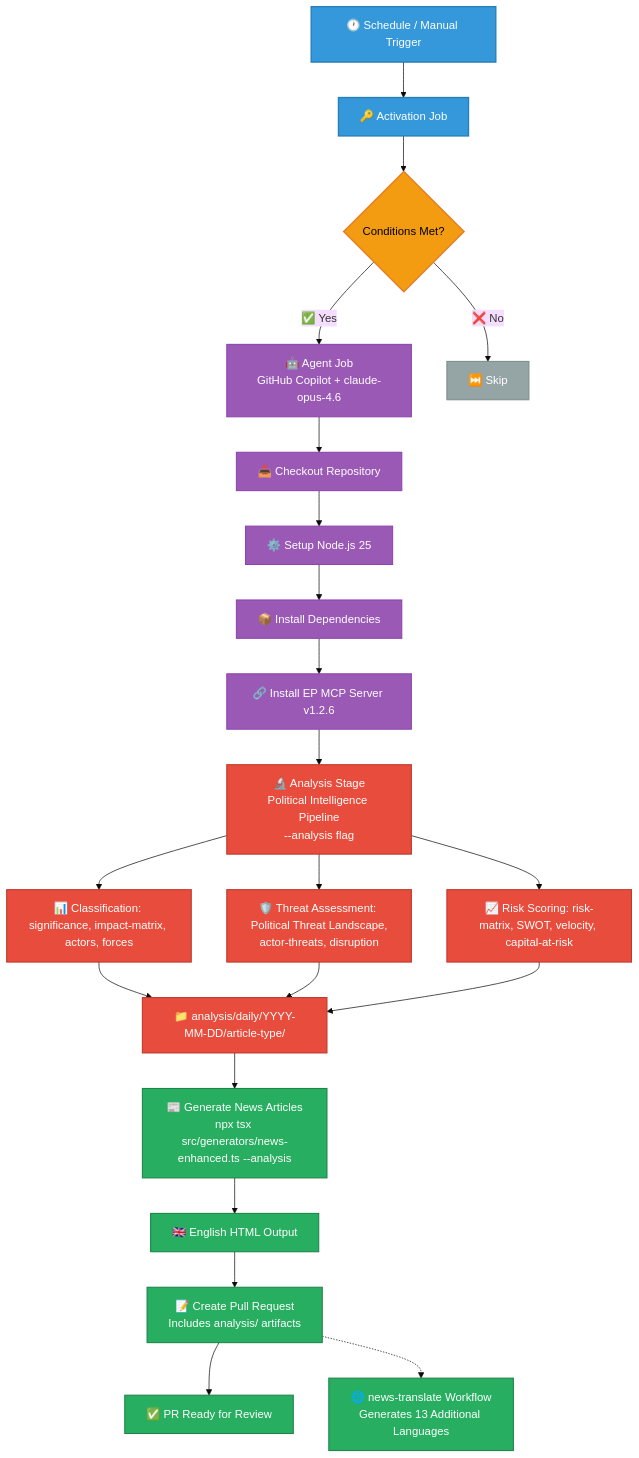
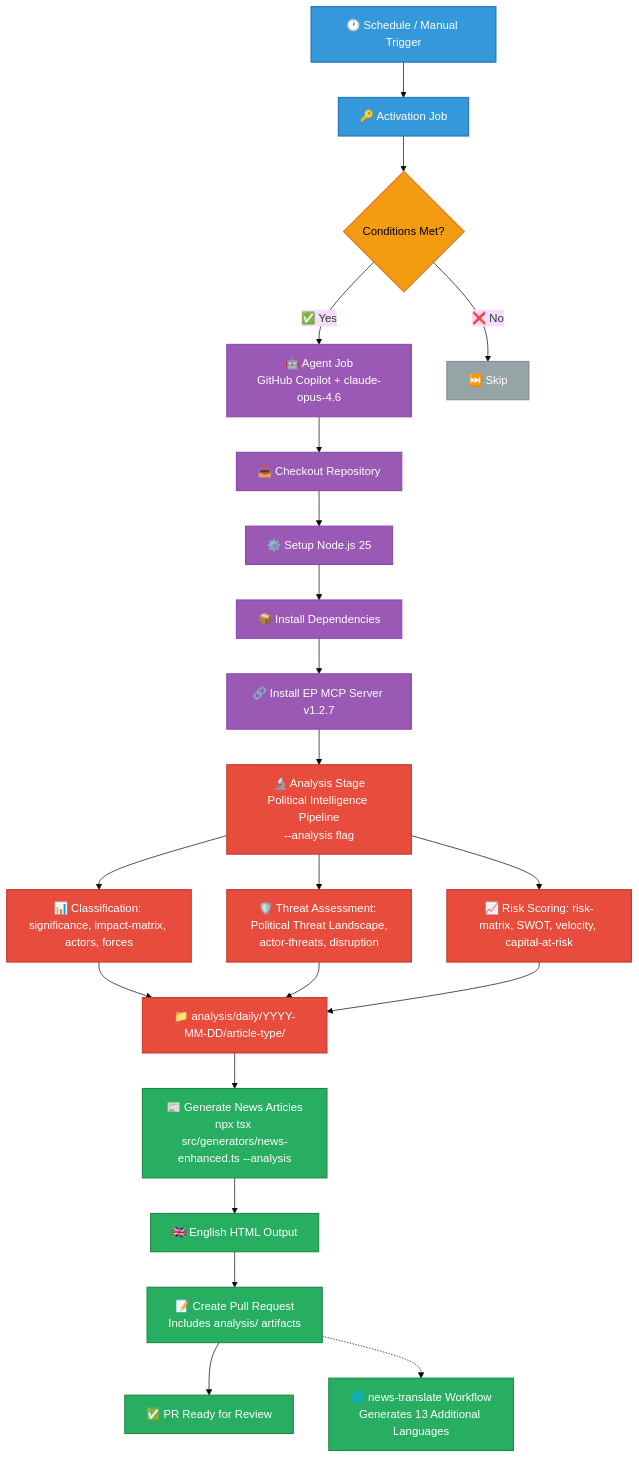
The third of 21 diagrams in WORKFLOWS.md (Hack23/euparliamentmonitor), drawn with Mermaid (base theme) before and after one commit. The commit also changed other lines of this file and 66 other files, not shown here.

First line of the commit message:
Bump EP MCP server 1.2.6→1.2.7 across all config, workflows, docs; fix tool parameter mappings for v1.2.7 API

````diff
--- a/WORKFLOWS.md
+++ b/WORKFLOWS.md
@@ -246,37 +246,37 @@
 ```mermaid
 graph TD
     A[🕐 Schedule / Manual Trigger] --> B[🔑 Activation Job]
     B --> C{Conditions Met?}
     C -->|✅ Yes| D[🤖 Agent Job<br/>GitHub Copilot + claude-opus-4.6]
     C -->|❌ No| E[⏭️ Skip]
     D --> F[📥 Checkout Repository]
     F --> G[⚙️ Setup Node.js 25]
     G --> H[📦 Install Dependencies]
-    H --> I[🔗 Install EP MCP Server v1.2.6]
+    H --> I[🔗 Install EP MCP Server v1.2.7]
     I --> J1[🔬 Analysis Stage<br/>Political Intelligence Pipeline<br/>--analysis flag]
     J1 --> J1a[📊 Classification: significance, impact-matrix, actors, forces]
     J1 --> J1b[🛡️ Threat Assessment: Political Threat Landscape,<br/>actor-threats, disruption]
     J1 --> J1c[📈 Risk Scoring: risk-matrix, SWOT, velocity, capital-at-risk]
     J1a --> J1d["📁 analysis/daily/YYYY-MM-DD/article-type/"]
     J1b --> J1d
     J1c --> J1d
     J1d --> J[📰 Generate News Articles<br/>npx tsx src/generators/news-enhanced.ts --analysis]
     J --> K[🇬🇧 English HTML Output]
     K --> L[📝 Create Pull Request<br/>Includes analysis/ artifacts]
     L --> M[✅ PR Ready for Review]
     L -.-> N[🌐 news-translate Workflow<br/>Generates 13 Additional Languages]
 
     classDef trigger fill:#3498db,stroke:#2980b9,stroke-width:2px,color:white
     classDef process fill:#9b59b6,stroke:#8e44ad,stroke-width:1.5px,color:white
     classDef decision fill:#f39c12,stroke:#e67e22,stroke-width:2px,color:black
     classDef skip fill:#95a5a6,stroke:#7f8c8d,stroke-width:1.5px,color:white
     classDef analysis fill:#e74c3c,stroke:#c0392b,stroke-width:1.5px,color:white
     classDef output fill:#27ae60,stroke:#1e8449,stroke-width:1.5px,color:white
 
     class A,B trigger
     class D,F,G,H,I process
     class C decision
     class E skip
     class J1,J1a,J1b,J1c,J1d analysis
     class J,K,L,M,N output
 ```
````
